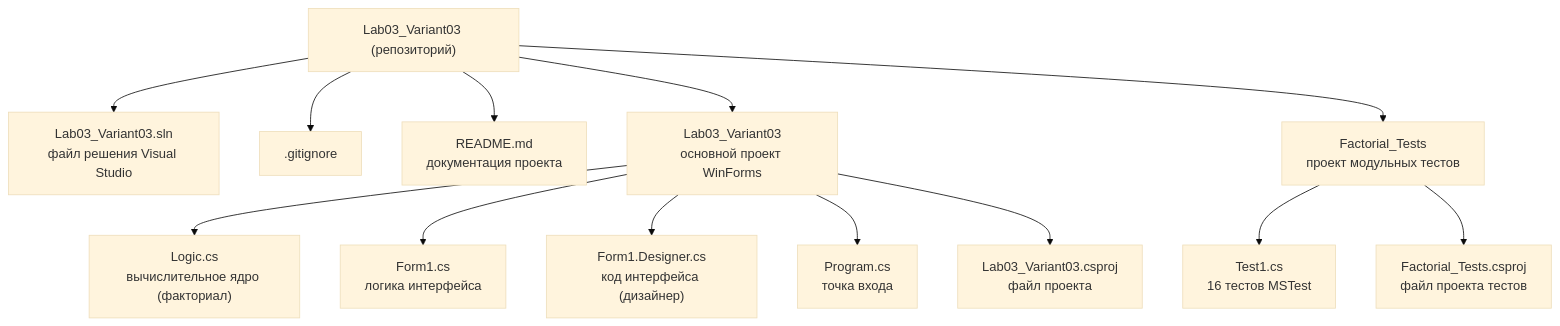
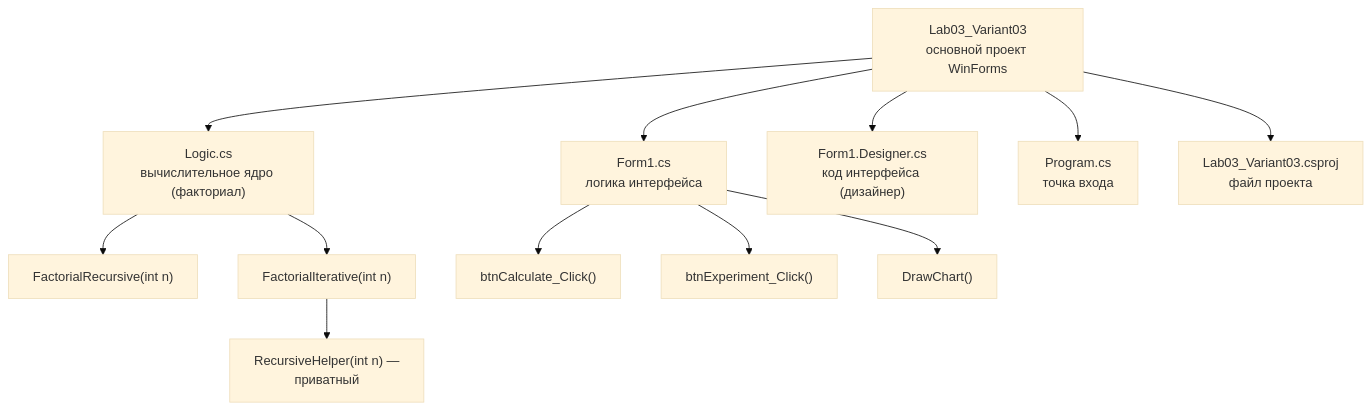
The diagram in README.md (fisaxili/Lab03_Variant03), drawn with Mermaid (base theme) before and after one commit.

Commit message:
Исправлена блок-схема проекта

````diff
--- a/README.md
+++ b/README.md
@@ -60,16 +60,19 @@
 ```mermaid
 flowchart TD
-ROOT[" Lab03_Variant03 (репозиторий)"]
-ROOT --> SLN[" Lab03_Variant03.sln\nфайл решения Visual Studio"]
-ROOT --> GITIGNORE[" .gitignore"]
-ROOT --> README[" README.md\nдокументация проекта"]
-ROOT --> MAIN[" Lab03_Variant03\nосновной проект WinForms"]
-MAIN --> LOGIC[" Logic.cs\nвычислительное ядро (факториал)"]
-MAIN --> FORM1[" Form1.cs\nлогика интерфейса"]
-MAIN --> FORM1D[" Form1.Designer.cs\nкод интерфейса (дизайнер)"]
-MAIN --> PROGRAM[" Program.cs\nточка входа"]
-MAIN --> CSPROJ[" Lab03_Variant03.csproj\nфайл проекта"]
-ROOT --> TESTS[" Factorial_Tests\nпроект модульных тестов"]
-TESTS --> TESTFILE[" Test1.cs\n16 тестов MSTest"]
-TESTS --> TESTCSPROJ[" Factorial_Tests.csproj\nфайл проекта тестов"]
+ROOT["Lab03_Variant03\nосновной проект WinForms"]
+
+ROOT --> LOGIC["Logic.cs\nвычислительное ядро (факториал)"]
+ROOT --> FORM1["Form1.cs\nлогика интерфейса"]
+ROOT --> DESIGNER["Form1.Designer.cs\nкод интерфейса (дизайнер)"]
+ROOT --> PROGRAM["Program.cs\nточка входа"]
+ROOT --> CSPROJ["Lab03_Variant03.csproj\nфайл проекта"]
+
+LOGIC --> L1["FactorialRecursive(int n)"]
+LOGIC --> L2["FactorialIterative(int n)"]
+L2 --> L3["RecursiveHelper(int n) —\nприватный"]
+
+FORM1 --> F1["btnCalculate_Click()"]
+FORM1 --> F2["btnExperiment_Click()"]
+FORM1 --> F3["DrawChart()"]
+
 ```
````
